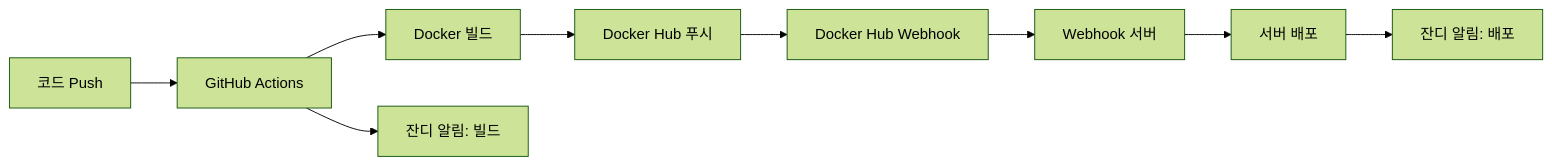
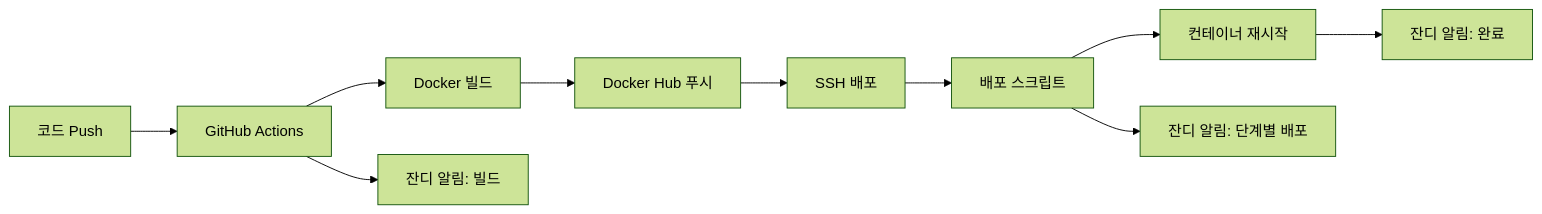
One commit to park6711/testpark changed the diagram in DEPLOYMENT.md. Above: the diagram before and after it, drawn with Mermaid (forest theme). The commit also changed other lines of this file and 3 other files, not shown here.

````diff
--- a/DEPLOYMENT.md
+++ b/DEPLOYMENT.md
@@ -20,12 +48,13 @@
 ```mermaid
 graph LR
     A[코드 Push] --> B[GitHub Actions]
     B --> C[Docker 빌드]
     C --> D[Docker Hub 푸시]
-    D --> E[Docker Hub Webhook]
-    E --> F[Webhook 서버]
-    F --> G[서버 배포]
+    D --> E[SSH 배포]
+    E --> F[배포 스크립트]
+    F --> G[컨테이너 재시작]
 
     B --> H[잔디 알림: 빌드]
-    G --> I[잔디 알림: 배포]
+    F --> I[잔디 알림: 단계별 배포]
+    G --> J[잔디 알림: 완료]
 ```
````
